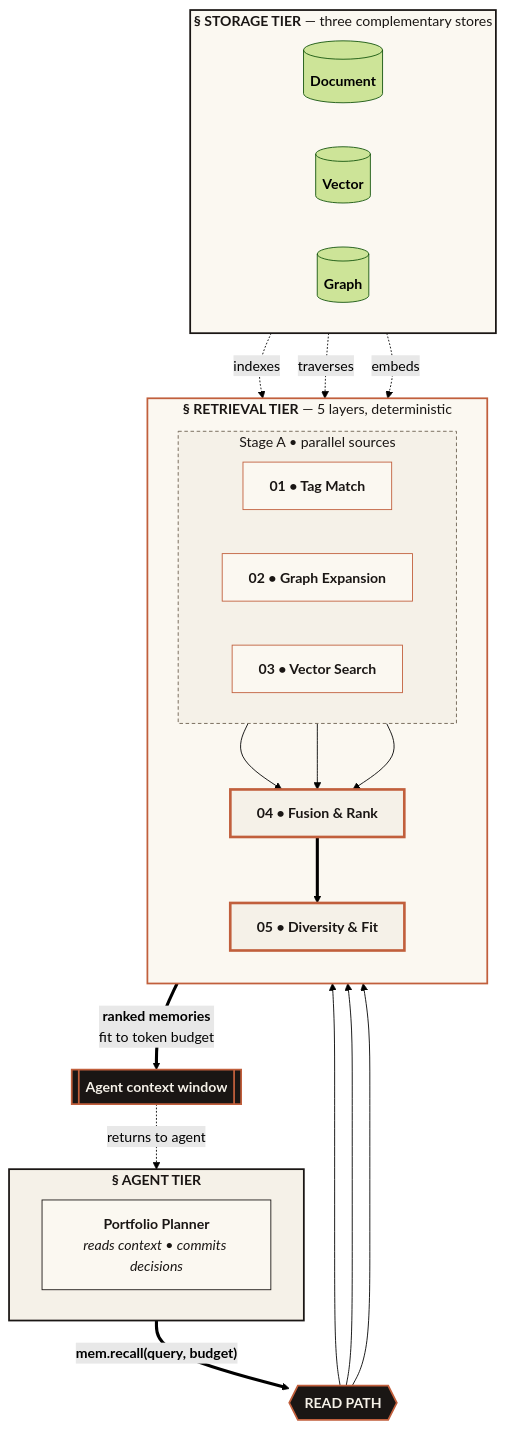
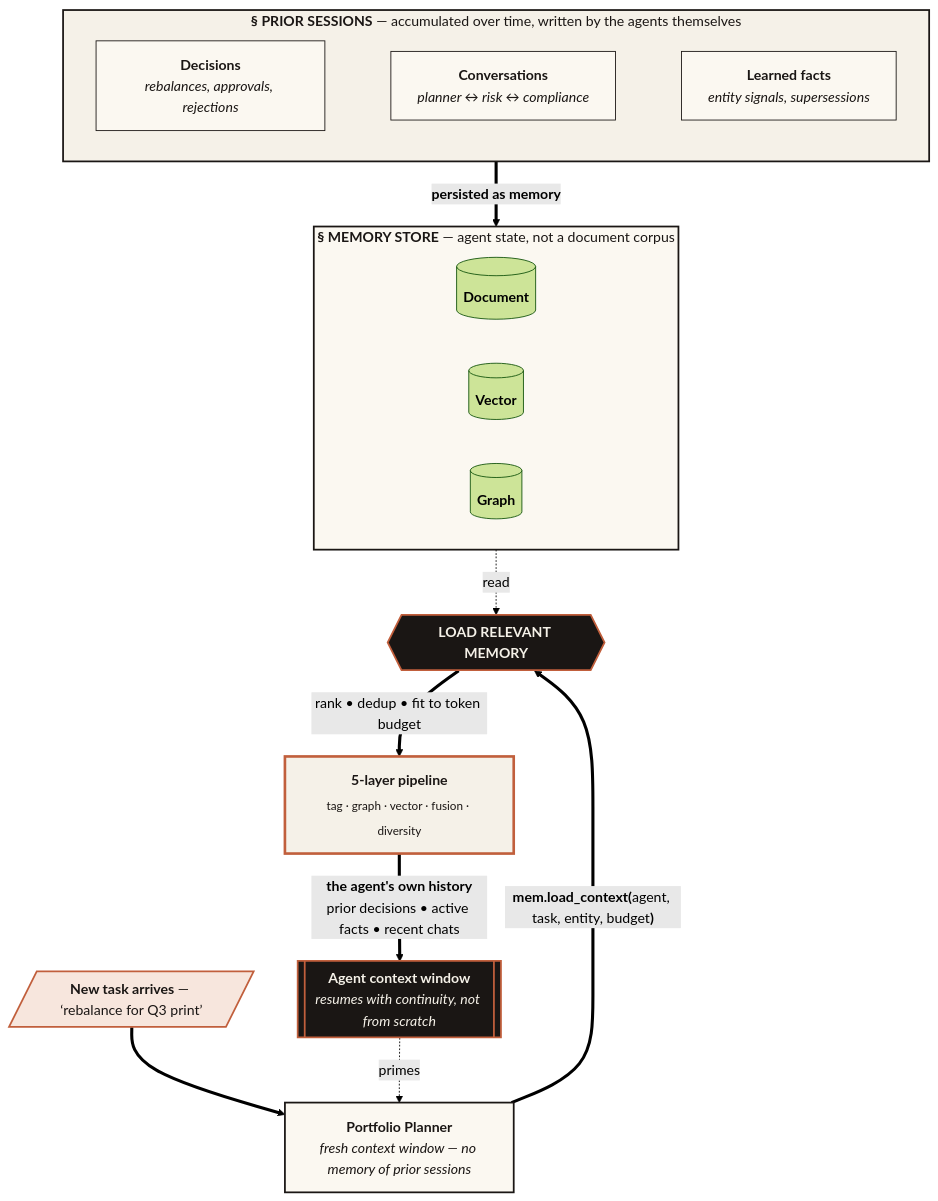
One commit to bolnet/attestor changed the first of 10 diagrams in README.md. Above: the diagram before and after it, drawn with Mermaid (forest theme). The commit also changed other lines of this file, not shown here.

Commit message:
docs: reframe at-a-glance as agent memory load, not RAG retrieval

````diff
--- a/README.md
+++ b/README.md
@@ -40,66 +40,51 @@
 ```mermaid
 flowchart TB
-    %% === AGENT TIER ===
-    subgraph AGENTS [<b>&sect; AGENT TIER</b>]
+    %% === PRIOR SESSIONS (accumulated agent state) ===
+    subgraph PAST [<b>&sect; PRIOR SESSIONS</b> &mdash; accumulated over time, written by the agents themselves]
         direction LR
-        A1[<b>Portfolio Planner</b><br/><i>reads context &bull; commits decisions</i>]
+        P1[<b>Decisions</b><br/><i>rebalances, approvals, rejections</i>]
+        P2[<b>Conversations</b><br/><i>planner &harr; risk &harr; compliance</i>]
+        P3[<b>Learned facts</b><br/><i>entity signals, supersessions</i>]
+        P1 ~~~ P2 ~~~ P3
     end
 
-    %% === API SURFACE ===
-    A1 ==>|"<b>mem.recall(query, budget)</b>"| READ{{<b>READ PATH</b>}}
-
-    %% === STORAGE TIER ===
-    subgraph STORAGE [<b>&sect; STORAGE TIER</b> &mdash; three complementary stores]
+    %% === STORAGE TIER (the persisted memory) ===
+    subgraph STORAGE [<b>&sect; MEMORY STORE</b> &mdash; agent state, not a document corpus]
         direction LR
         S1[("<b>Document</b>")]
         S2[("<b>Vector</b>")]
         S3[("<b>Graph</b>")]
     end
 
-    %% === RETRIEVAL TIER ===
-    subgraph RETRIEVAL [<b>&sect; RETRIEVAL TIER</b> &mdash; 5 layers, deterministic]
-        direction TB
+    PAST ==>|<b>persisted as memory</b>| STORAGE
 
-        subgraph SOURCES [Stage A &bull; parallel sources]
-            direction LR
-            L1[<b>01 &bull; Tag Match</b>]
-            L2[<b>02 &bull; Graph Expansion</b>]
-            L3[<b>03 &bull; Vector Search</b>]
-        end
+    %% === NEW TASK BOUNDARY ===
+    NT[/"<b>New task arrives</b> &mdash; &lsquo;rebalance for Q3 print&rsquo;"/]
 
-        L4[<b>04 &bull; Fusion &amp; Rank</b>]
-        L5[<b>05 &bull; Diversity &amp; Fit</b>]
+    %% === AGENT ===
+    A1[<b>Portfolio Planner</b><br/><i>fresh context window &mdash; no memory of prior sessions</i>]
+    NT ==> A1
 
-        L1 --> L4
-        L2 --> L4
-        L3 --> L4
-        L4 ==> L5
-    end
+    %% === LOAD CALL ===
+    A1 ==>|"<b>mem.load_context(</b>agent, task, entity, budget<b>)</b>"| LOAD{{<b>LOAD RELEVANT MEMORY</b>}}
+    STORAGE -. read .-> LOAD
 
-    %% read fan-out and storage wiring
-    READ --> L1
-    READ --> L2
-    READ --> L3
+    %% === RANK & PACK ===
+    LOAD ==>|"rank &bull; dedup &bull; fit to token budget"| PACK[<b>5-layer pipeline</b><br/><sub>tag &middot; graph &middot; vector &middot; fusion &middot; diversity</sub>]
 
-    S1 -. indexes .-> L1
-    S3 -. traverses .-> L2
-    S2 -. embeds .-> L3
-
-    %% === OUTPUT ===
-    L5 ==>|<b>ranked memories</b><br/>fit to token budget| CTX[[<b>Agent context window</b>]]
-    CTX -. returns to agent .-> A1
+    %% === CONTEXT RETURN ===
+    PACK ==>|<b>the agent's own history</b><br/>prior decisions &bull; active facts &bull; recent chats| CTX[[<b>Agent context window</b><br/><i>resumes with continuity, not from scratch</i>]]
+    CTX -. primes .-> A1
 
     %% === STYLING ===
-    style AGENTS    fill:#F5F1E8,stroke:#1A1614,stroke-width:2px,color:#1A1614
-    style A1        fill:#FBF8F1,stroke:#1A1614,color:#1A1614
+    style PAST      fill:#F5F1E8,stroke:#1A1614,stroke-width:2px,color:#1A1614
+    style P1        fill:#FBF8F1,stroke:#1A1614,color:#1A1614
+    style P2        fill:#FBF8F1,stroke:#1A1614,color:#1A1614
+    style P3        fill:#FBF8F1,stroke:#1A1614,color:#1A1614
     style STORAGE   fill:#FBF8F1,stroke:#1A1614,stroke-width:2px,color:#1A1614
-    style RETRIEVAL fill:#FBF8F1,stroke:#C15F3C,stroke-width:2px,color:#1A1614
-    style SOURCES   fill:#F5F1E8,stroke:#6B5F4F,stroke-dasharray:4 3,color:#1A1614
-    style READ      fill:#1A1614,stroke:#C15F3C,stroke-width:2px,color:#F5F1E8
-    style L1        fill:#FBF8F1,stroke:#C15F3C,color:#1A1614
-    style L2        fill:#FBF8F1,stroke:#C15F3C,color:#1A1614
-    style L3        fill:#FBF8F1,stroke:#C15F3C,color:#1A1614
-    style L4        fill:#F5F1E8,stroke:#C15F3C,stroke-width:3px,color:#1A1614
-    style L5        fill:#F5F1E8,stroke:#C15F3C,stroke-width:3px,color:#1A1614
+    style NT        fill:#F7E6DD,stroke:#C15F3C,stroke-width:2px,color:#1A1614
+    style A1        fill:#FBF8F1,stroke:#1A1614,stroke-width:2px,color:#1A1614
+    style LOAD      fill:#1A1614,stroke:#C15F3C,stroke-width:2px,color:#F5F1E8
+    style PACK      fill:#F5F1E8,stroke:#C15F3C,stroke-width:3px,color:#1A1614
     style CTX       fill:#1A1614,stroke:#C15F3C,stroke-width:2px,color:#F5F1E8
 ```
````
